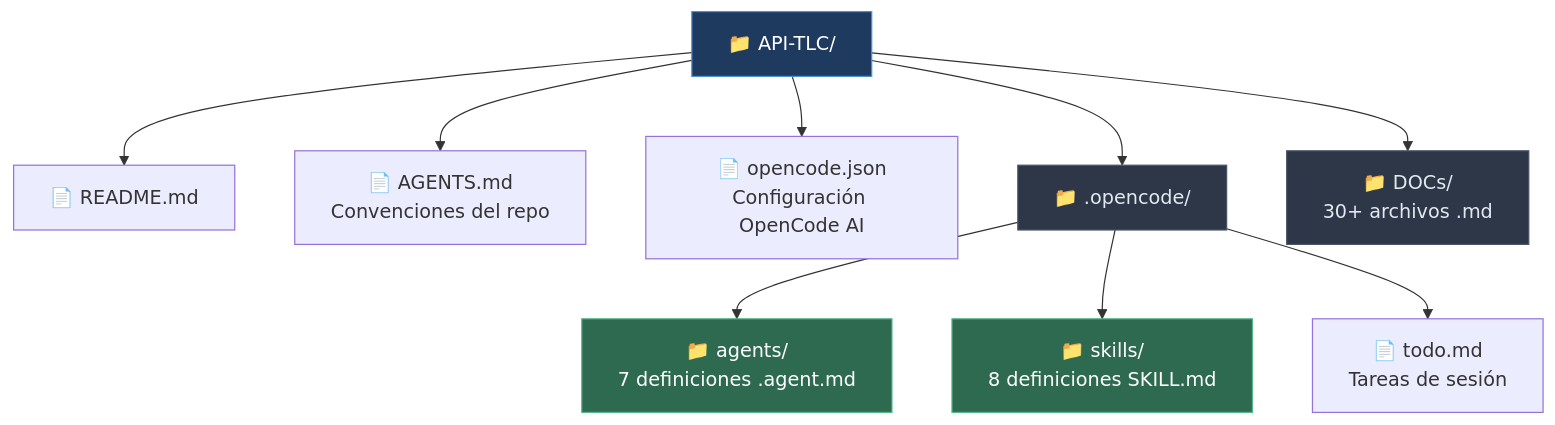
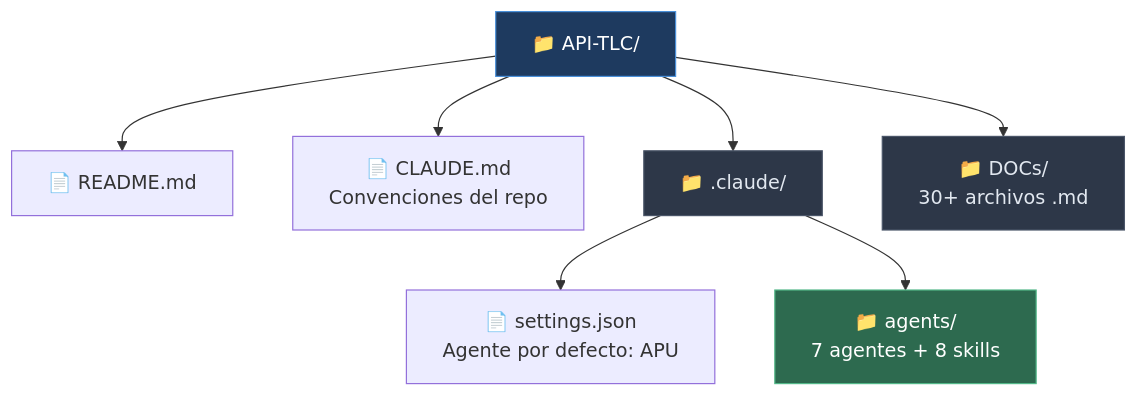
One commit to criquil/API-TLC changed the seventh of 8 diagrams in README.md. Above: the diagram before and after it, drawn with Mermaid. The commit also changed other lines of this file and 24 other files, not shown here.

````diff
--- a/README.md
+++ b/README.md
@@ -215,20 +215,17 @@
 ```mermaid
 graph TD
     ROOT["📁 API-TLC/"]
 
     ROOT --> README["📄 README.md"]
-    ROOT --> AGENTS["📄 AGENTS.md\nConvenciones del repo"]
-    ROOT --> OC["📄 opencode.json\nConfiguración OpenCode AI"]
-    ROOT --> OCD["📁 .opencode/"]
+    ROOT --> CLAUDE["📄 CLAUDE.md\nConvenciones del repo"]
+    ROOT --> CLD["📁 .claude/"]
     ROOT --> DOCS["📁 DOCs/\n30+ archivos .md"]
 
-    OCD --> AG["📁 agents/\n7 definiciones .agent.md"]
-    OCD --> SK["📁 skills/\n8 definiciones SKILL.md"]
-    OCD --> TODO["📄 todo.md\nTareas de sesión"]
+    CLD --> SETTINGS["📄 settings.json\nAgente por defecto: APU"]
+    CLD --> AG["📁 agents/\n7 agentes + 8 skills"]
 
     style ROOT fill:#1e3a5f,color:#fff,stroke:#4a90d9
-    style OCD fill:#2d3748,color:#e2e8f0,stroke:#4a5568
+    style CLD fill:#2d3748,color:#e2e8f0,stroke:#4a5568
     style DOCS fill:#2d3748,color:#e2e8f0,stroke:#4a5568
     style AG fill:#2d6a4f,color:#fff,stroke:#52b788
-    style SK fill:#2d6a4f,color:#fff,stroke:#52b788
 ```
````
